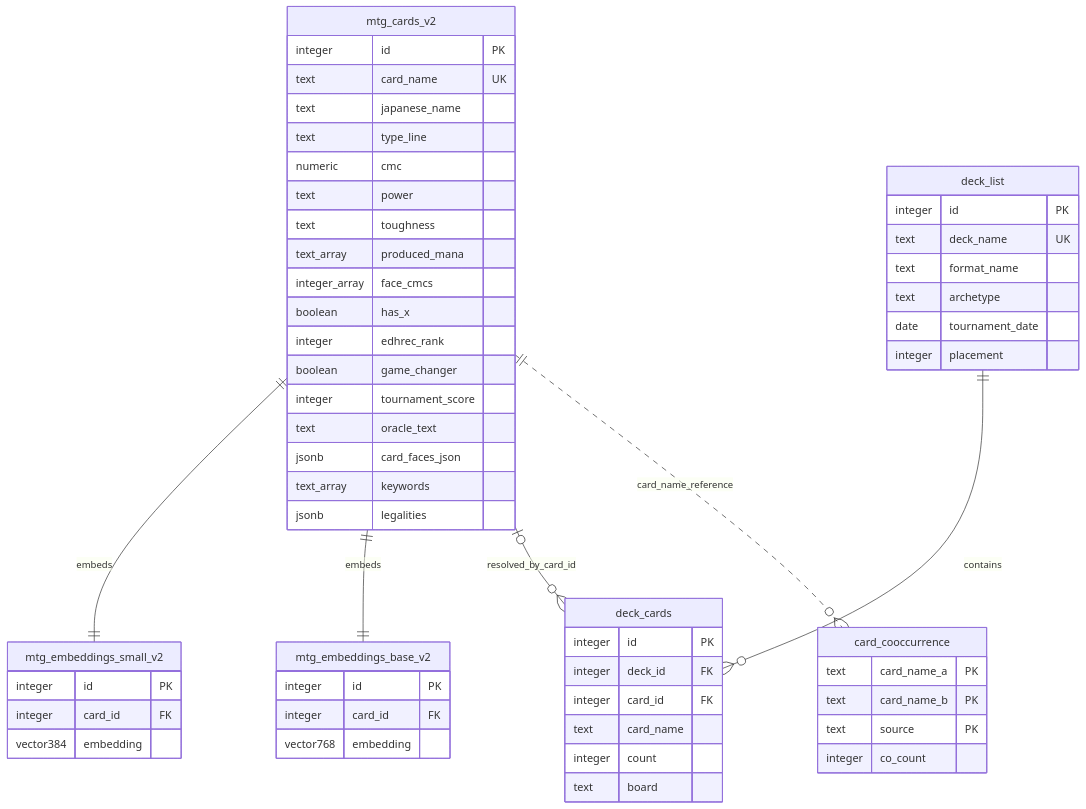
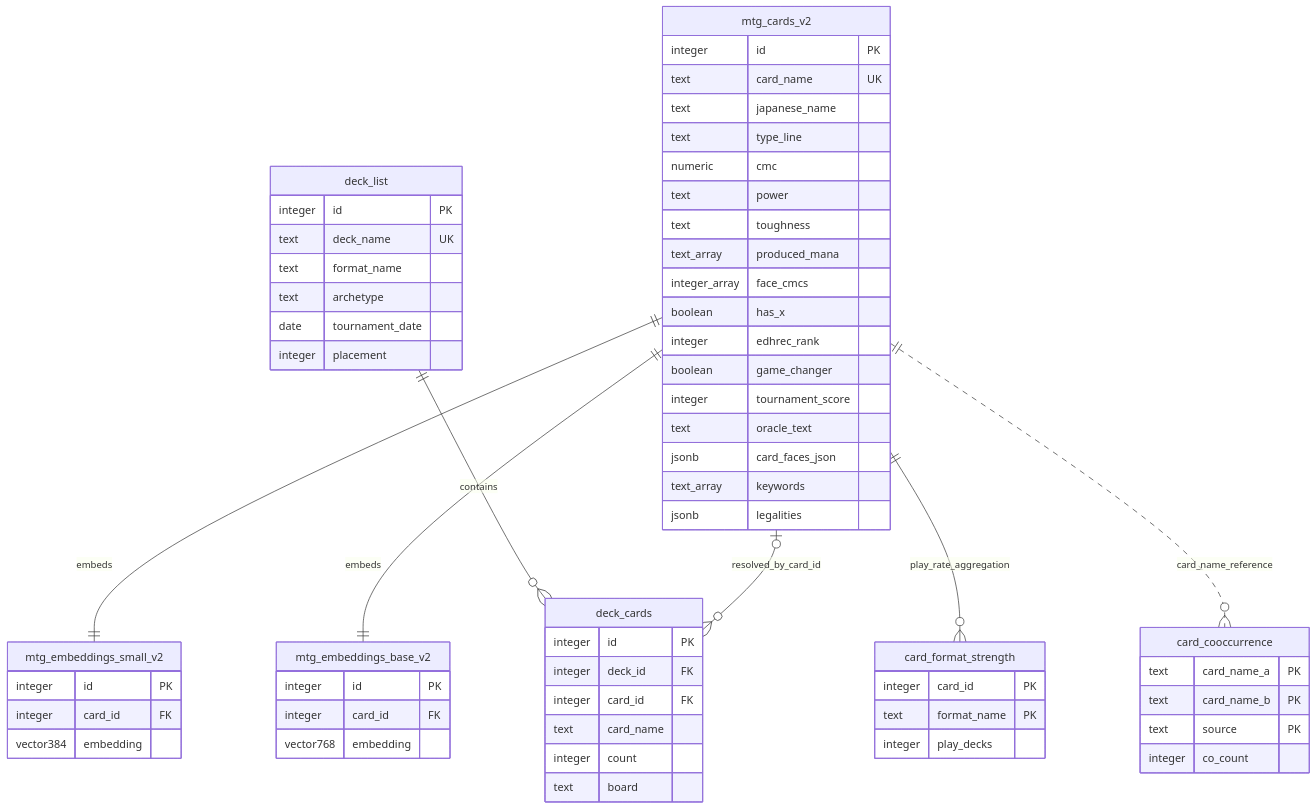
One commit to Sakaihashizo/mtg-rag changed the second of 3 diagrams in README.md. Above: the diagram before and after it, drawn with Mermaid. The commit also changed other lines of this file and 10 other files, not shown here.

````diff
--- a/README.md
+++ b/README.md
@@ -86,60 +92,66 @@
 ```mermaid
 erDiagram
     mtg_cards_v2 ||--|| mtg_embeddings_small_v2 : embeds
     mtg_cards_v2 ||--|| mtg_embeddings_base_v2 : embeds
     deck_list ||--o{ deck_cards : contains
     mtg_cards_v2 |o--o{ deck_cards : resolved_by_card_id
+    mtg_cards_v2 ||--o{ card_format_strength : play_rate_aggregation
     mtg_cards_v2 ||..o{ card_cooccurrence : card_name_reference
 
     mtg_cards_v2 {
         integer id PK
         text card_name UK
         text japanese_name
         text type_line
         numeric cmc
         text power
         text toughness
         text_array produced_mana
         integer_array face_cmcs
         boolean has_x
         integer edhrec_rank
         boolean game_changer
         integer tournament_score
         text oracle_text
         jsonb card_faces_json
         text_array keywords
         jsonb legalities
     }
     mtg_embeddings_small_v2 {
         integer id PK
         integer card_id FK
         vector384 embedding
     }
     mtg_embeddings_base_v2 {
         integer id PK
         integer card_id FK
         vector768 embedding
     }
     deck_list {
         integer id PK
         text deck_name UK
         text format_name
         text archetype
         date tournament_date
         integer placement
     }
     deck_cards {
         integer id PK
         integer deck_id FK
         integer card_id FK
         text card_name
         integer count
         text board
     }
+    card_format_strength {
+        integer card_id PK
+        text format_name PK
+        integer play_decks
+    }
     card_cooccurrence {
         text card_name_a PK
         text card_name_b PK
         text source PK
         integer co_count
     }
 ```
````
